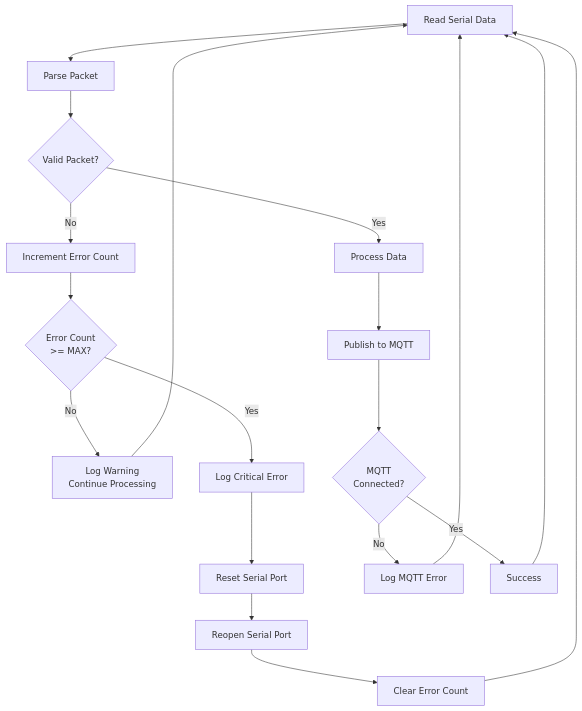
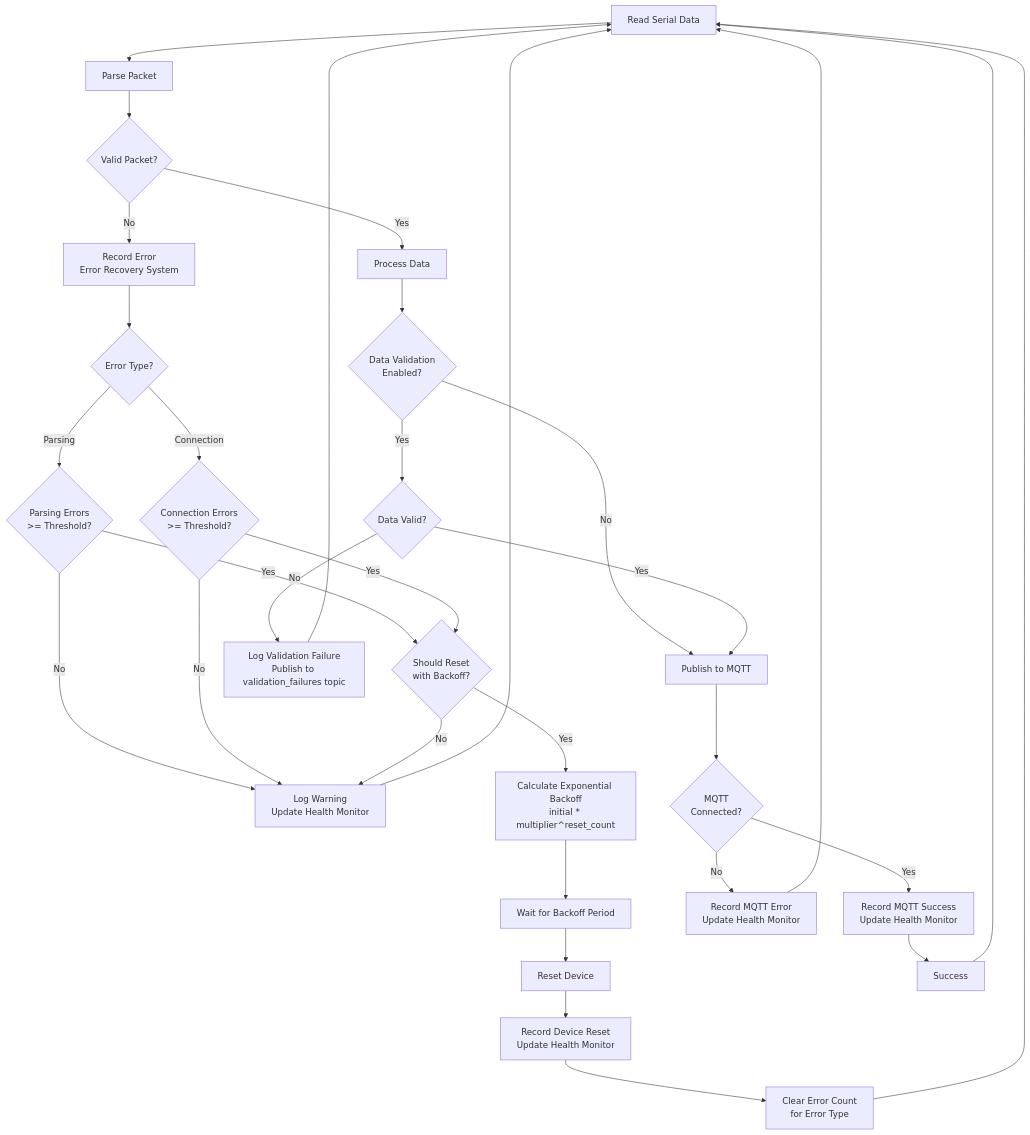
Before and after one commit to DynamicDevices/uwb-mqtt-publisher: the fourth of 7 diagrams in PROGRAM_FLOW.md, drawn with Mermaid. The commit also changed other lines of this file, not shown here.

Commit message:
docs: Complete PROGRAM_FLOW.md updates with all Priority 2 features
- Update error handling flow with exponential backoff details
- Add data validation steps to detailed data flow sequence
- Add confidence scoring to CGA conversion flow
- Update component interaction diagram with all new modules
- Ensure all mermaid diagrams reflect current architecture

````diff
--- a/PROGRAM_FLOW.md
+++ b/PROGRAM_FLOW.md
@@ -185,25 +185,41 @@
 ```mermaid
 graph TD
     Start[Read Serial Data] --> Parse[Parse Packet]
     Parse --> CheckValid{Valid Packet?}
     
     CheckValid -->|Yes| Process[Process Data]
-    CheckValid -->|No| IncrementError[Increment Error Count]
+    CheckValid -->|No| RecordError[Record Error<br/>Error Recovery System]
     
-    IncrementError --> CheckMax{Error Count<br/>>= MAX?}
-    CheckMax -->|No| LogWarning[Log Warning<br/>Continue Processing]
-    CheckMax -->|Yes| LogCritical[Log Critical Error]
+    RecordError --> CheckErrorType{Error Type?}
+    CheckErrorType -->|Parsing| CheckParsingThreshold{Parsing Errors<br/>>= Threshold?}
+    CheckErrorType -->|Connection| CheckConnThreshold{Connection Errors<br/>>= Threshold?}
     
-    LogCritical --> ResetSerial[Reset Serial Port]
-    ResetSerial --> Reopen[Reopen Serial Port]
-    Reopen --> ClearErrors[Clear Error Count]
+    CheckParsingThreshold -->|No| LogWarning[Log Warning<br/>Update Health Monitor]
+    CheckParsingThreshold -->|Yes| CheckBackoff{Should Reset<br/>with Backoff?}
+    CheckConnThreshold -->|No| LogWarning
+    CheckConnThreshold -->|Yes| CheckBackoff
+    
+    CheckBackoff -->|Yes| CalculateBackoff[Calculate Exponential Backoff<br/>initial * multiplier^reset_count]
+    CalculateBackoff --> WaitBackoff[Wait for Backoff Period]
+    WaitBackoff --> ResetSerial[Reset Device]
+    CheckBackoff -->|No| LogWarning
+    
+    ResetSerial --> RecordReset[Record Device Reset<br/>Update Health Monitor]
+    RecordReset --> ClearErrors[Clear Error Count<br/>for Error Type]
     ClearErrors --> Start
     
     LogWarning --> Start
-    Process --> Publish[Publish to MQTT]
+    Process --> ValidateData{Data Validation<br/>Enabled?}
+    ValidateData -->|Yes| CheckValidation{Data Valid?}
+    ValidateData -->|No| Publish[Publish to MQTT]
+    CheckValidation -->|No| LogValidationFailure[Log Validation Failure<br/>Publish to validation_failures topic]
+    CheckValidation -->|Yes| Publish
+    LogValidationFailure --> Start
+    
     Publish --> CheckMQTT{MQTT<br/>Connected?}
-    CheckMQTT -->|No| LogMQTTError[Log MQTT Error]
-    CheckMQTT -->|Yes| Success[Success]
-    LogMQTTError --> Start
+    CheckMQTT -->|No| RecordMQTTError[Record MQTT Error<br/>Update Health Monitor]
+    CheckMQTT -->|Yes| RecordMQTTSuccess[Record MQTT Success<br/>Update Health Monitor]
+    RecordMQTTError --> Start
+    RecordMQTTSuccess --> Success[Success]
     Success --> Start
 ```
````
